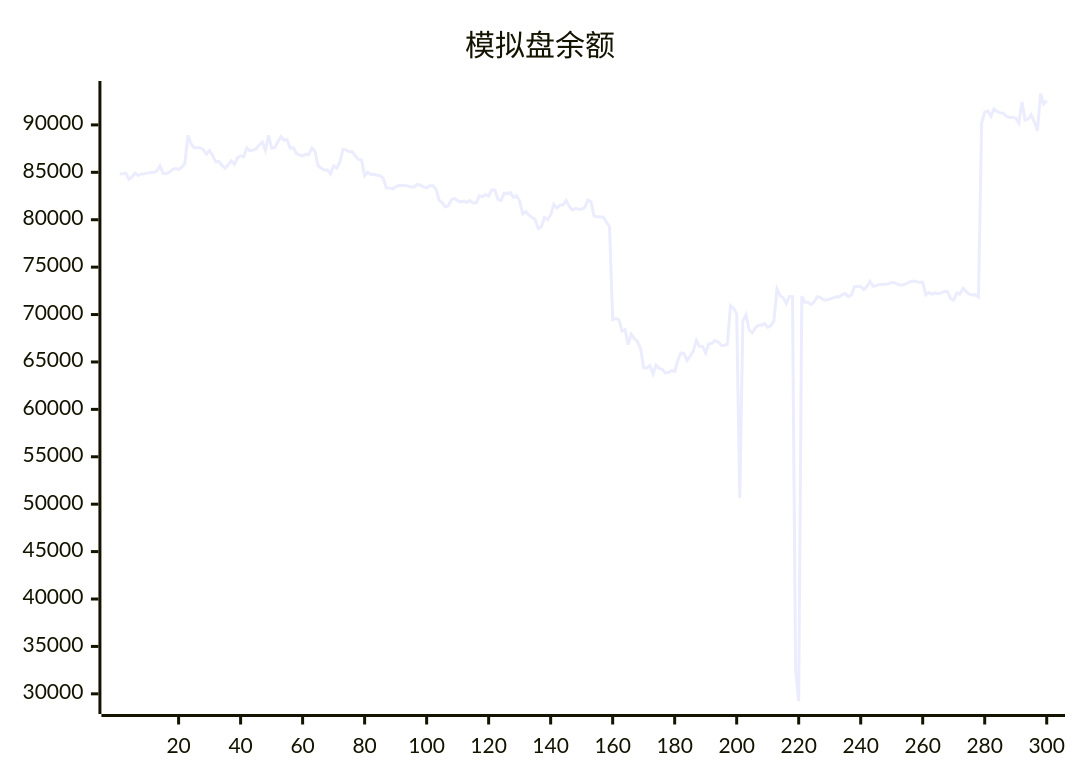
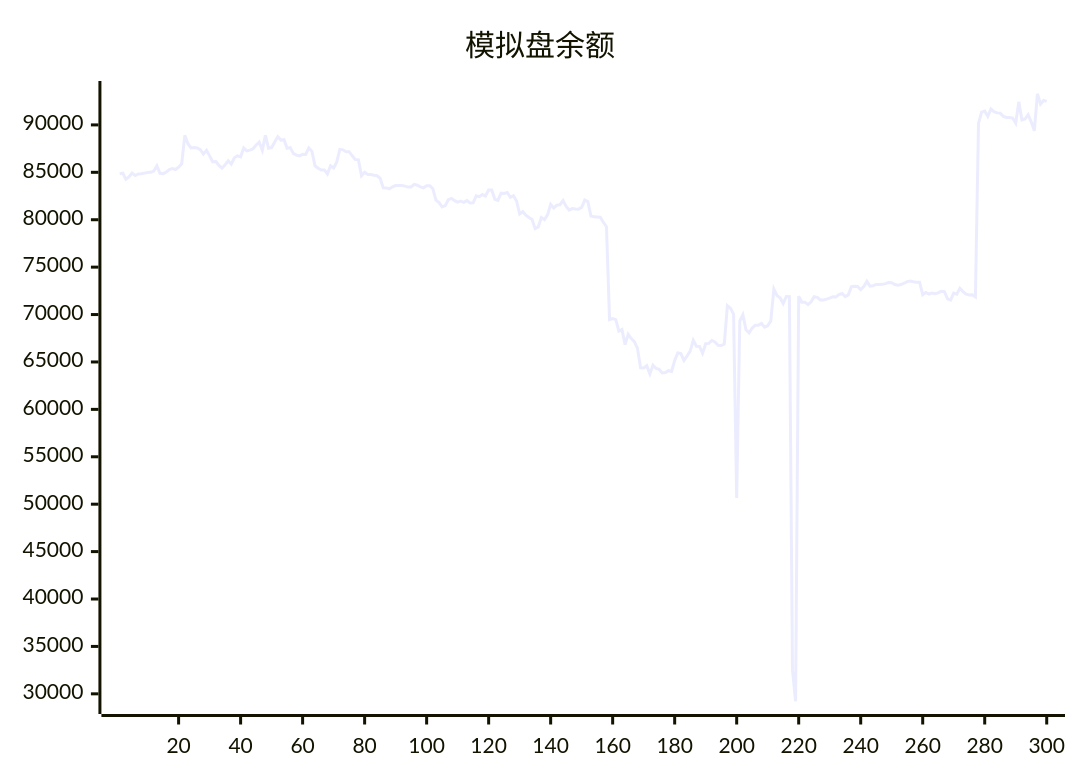
The diagram in README.md (aahl/ai-trading), drawn with Mermaid before and after one commit. The commit also changed other lines of this file and 1 other file, not shown here.

````diff
--- a/README.md
+++ b/README.md
@@ -5,5 +5,5 @@
 ```mermaid
 xychart
     title "模拟盘余额"
-    line [84819,84854,84917,84265,84527,84919,84668,84834,84850,84916,84981,85004,85131,85674,84891,84864,85019,85284,85393,85294,85538,85894,88904,88012,87567,87625,87568,87386,86920,87313,86737,86094,86143,85725,85437,85787,86219,85859,86526,86740,86630,87563,87264,87335,87483,87886,88180,87335,88894,87544,87608,88207,88755,88401,88444,87543,87608,87000,86810,86740,86894,86884,87576,87209,85686,85435,85251,85255,84820,85689,85453,86066,87420,87373,87161,87178,86740,86341,86315,84643,85012,84772,84768,84690,84635,84376,83360,83357,83259,83474,83608,83606,83602,83548,83440,83454,83724,83644,83464,83365,83590,83592,83275,82072,81806,81344,81492,82109,82254,82006,81848,81955,81829,82022,81769,81776,82522,82441,82656,82498,83144,83144,82150,82038,82797,82763,82872,82367,82536,81981,80612,80862,80484,80242,80034,79063,79245,80226,80016,80507,81625,81233,81544,81578,82016,81401,81019,81186,81130,81118,81306,82066,81909,80392,80304,80291,80258,79729,79261,69466,69579,69456,68251,68415,66832,67911,67462,67144,66432,64380,64375,64606,63740,64647,64324,64216,63842,63877,64078,64008,65156,65945,65888,65157,65625,66144,67284,66653,66639,65924,66925,66956,67263,67108,66766,66729,66886,70927,70673,70049,50652,69334,69973,68400,68061,68578,68876,68879,69055,68662,68822,69329,72687,71999,71760,71162,71911,71896,32500,29218,71927,71297,71305,71044,71337,71883,71822,71536,71536,71622,71723,71880,71860,72100,72216,71887,72077,72940,72976,72966,72638,72948,73497,73004,73041,73173,73160,73186,73258,73375,73351,73173,73098,73161,73305,73474,73536,73457,73413,73412,72100,72333,72164,72272,72204,72285,72461,72421,71652,71521,72267,72157,72774,72424,72144,72060,72091,71858,90185,91338,91466,90900,91678,91404,91268,91244,90903,90779,90787,90721,90187,92429,90518,90619,91070,90328,89376,93286,92202,92581]
+    line [84854,84917,84265,84527,84919,84668,84834,84850,84916,84981,85004,85131,85674,84891,84864,85019,85284,85393,85294,85538,85894,88904,88012,87567,87625,87568,87386,86920,87313,86737,86094,86143,85725,85437,85787,86219,85859,86526,86740,86630,87563,87264,87335,87483,87886,88180,87335,88894,87544,87608,88207,88755,88401,88444,87543,87608,87000,86810,86740,86894,86884,87576,87209,85686,85435,85251,85255,84820,85689,85453,86066,87420,87373,87161,87178,86740,86341,86315,84643,85012,84772,84768,84690,84635,84376,83360,83357,83259,83474,83608,83606,83602,83548,83440,83454,83724,83644,83464,83365,83590,83592,83275,82072,81806,81344,81492,82109,82254,82006,81848,81955,81829,82022,81769,81776,82522,82441,82656,82498,83144,83144,82150,82038,82797,82763,82872,82367,82536,81981,80612,80862,80484,80242,80034,79063,79245,80226,80016,80507,81625,81233,81544,81578,82016,81401,81019,81186,81130,81118,81306,82066,81909,80392,80304,80291,80258,79729,79261,69466,69579,69456,68251,68415,66832,67911,67462,67144,66432,64380,64375,64606,63740,64647,64324,64216,63842,63877,64078,64008,65156,65945,65888,65157,65625,66144,67284,66653,66639,65924,66925,66956,67263,67108,66766,66729,66886,70927,70673,70049,50652,69334,69973,68400,68061,68578,68876,68879,69055,68662,68822,69329,72687,71999,71760,71162,71911,71896,32500,29218,71927,71297,71305,71044,71337,71883,71822,71536,71536,71622,71723,71880,71860,72100,72216,71887,72077,72940,72976,72966,72638,72948,73497,73004,73041,73173,73160,73186,73258,73375,73351,73173,73098,73161,73305,73474,73536,73457,73413,73412,72100,72333,72164,72272,72204,72285,72461,72421,71652,71521,72267,72157,72774,72424,72144,72060,72091,71858,90185,91338,91466,90900,91678,91404,91268,91244,90903,90779,90787,90721,90187,92429,90518,90619,91070,90328,89376,93286,92202,92581,92485]
 ```
````
